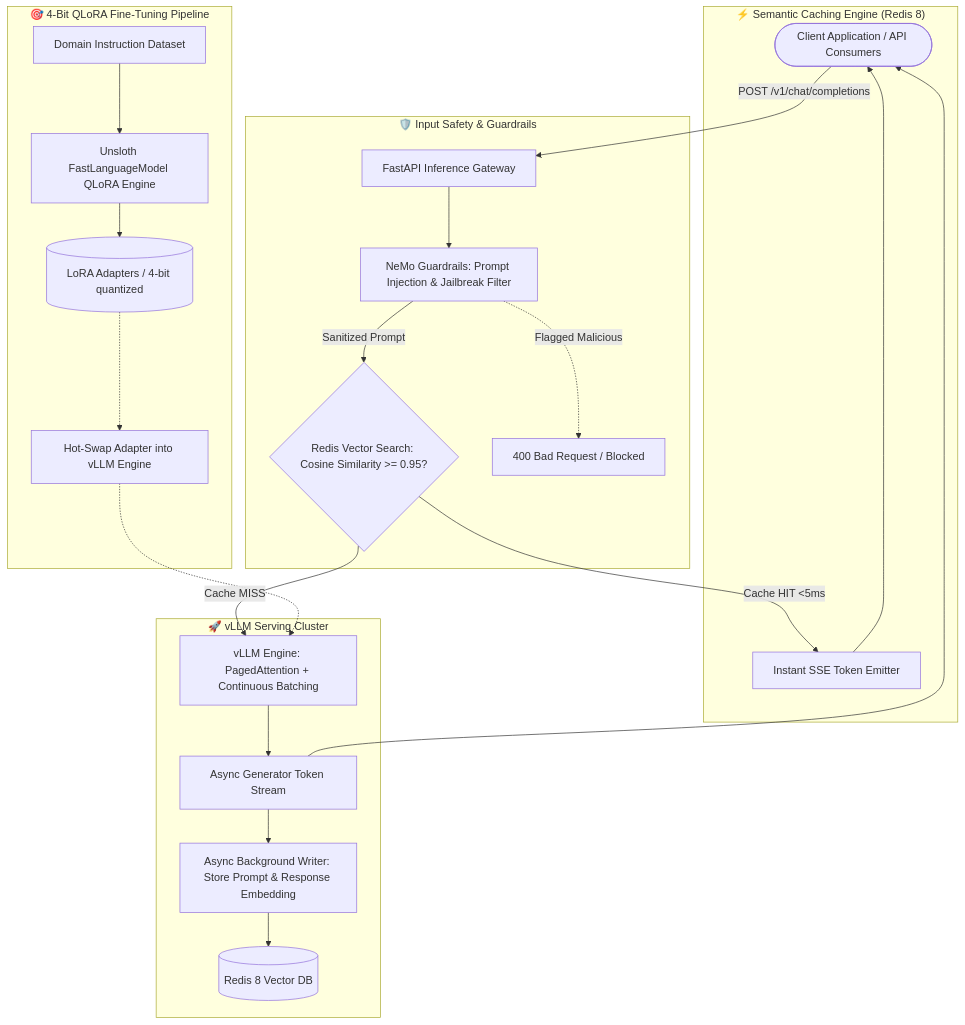
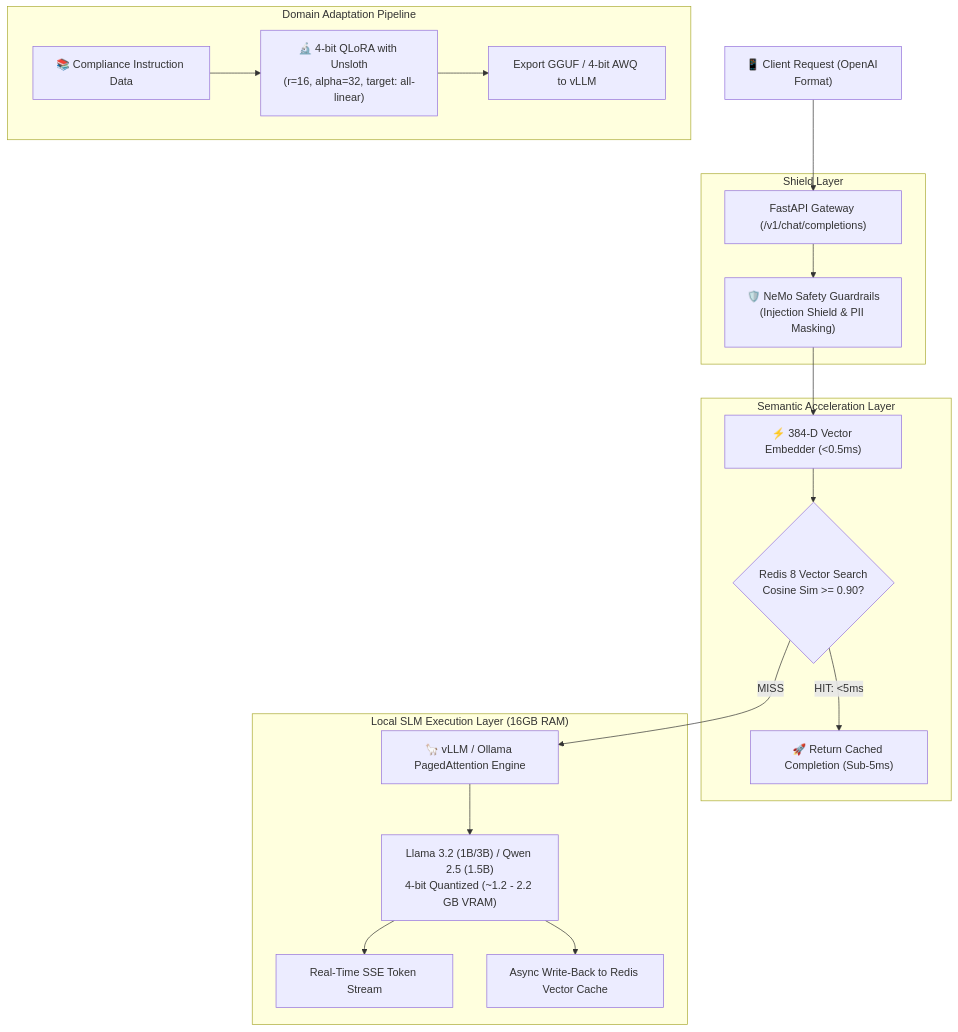
Before and after one commit to vi-nayKR/local-llm-inference-gateway: the diagram in README.md, drawn with Mermaid. The commit also changed other lines of this file and 4 other files, not shown here.

Commit message:
feat(phase6): production-grade interactive web console UI, master architecture docs, and docs/phase6.md

````diff
--- a/README.md
+++ b/README.md
@@ -18,31 +49,26 @@
 ```mermaid
 flowchart TD
-    Client([Client Application / API Consumers]) -->|POST /v1/chat/completions| Gateway[FastAPI Inference Gateway]
+    Client["📱 Client Request (OpenAI Format)"] --> GatewayRouter["FastAPI Gateway (/v1/chat/completions)"]
 
-    subgraph SecurityLayer["🛡️ Input Safety & Guardrails"]
-        Gateway --> NeMo[NeMo Guardrails: Prompt Injection & Jailbreak Filter]
-        NeMo -->|Sanitized Prompt| SemanticCache
-        NeMo -.->|Flagged Malicious| Reject[400 Bad Request / Blocked]
+    subgraph SecurityTier ["Shield Layer"]
+        GatewayRouter --> SafetyGuard["🛡️ NeMo Safety Guardrails\n(Injection Shield & PII Masking)"]
     end
 
-    subgraph CachingLayer["⚡ Semantic Caching Engine (Redis 8)"]
-        SemanticCache{Redis Vector Search: Cosine Similarity >= 0.95?}
-        SemanticCache -->|Cache HIT <5ms| ReturnCached[Instant SSE Token Emitter]
-        ReturnCached --> Client
+    subgraph CacheTier ["Semantic Acceleration Layer"]
+        SafetyGuard --> Embedder["⚡ 384-D Vector Embedder (<0.5ms)"]
+        Embedder --> CacheCheck{"Redis 8 Vector Search\nCosine Sim >= 0.90?"}
+        CacheCheck -->|HIT: <5ms| CacheReturn["🚀 Return Cached Completion (Sub-5ms)"]
     end
 
-    subgraph ServingEngine["🚀 vLLM Serving Cluster"]
-        SemanticCache -->|Cache MISS| vLLMEngine[vLLM Engine: PagedAttention + Continuous Batching]
-        vLLMEngine --> TokenStream[Async Generator Token Stream]
-        TokenStream --> AsyncCacheWriter[Async Background Writer: Store Prompt & Response Embedding]
-        AsyncCacheWriter --> RedisDB[(Redis 8 Vector DB)]
-        TokenStream --> Client
+    subgraph InferenceTier ["Local SLM Execution Layer (16GB RAM)"]
+        CacheCheck -->|MISS| vLLMProxy["🦙 vLLM / Ollama PagedAttention Engine"]
+        vLLMProxy --> LocalModel["Llama 3.2 (1B/3B) / Qwen 2.5 (1.5B)\n4-bit Quantized (~1.2 - 2.2 GB VRAM)"]
+        LocalModel --> StreamOutput["Real-Time SSE Token Stream"]
+        LocalModel --> WriteBack["Async Write-Back to Redis Vector Cache"]
     end
 
-    subgraph FineTuning["🎯 4-Bit QLoRA Fine-Tuning Pipeline"]
-        Dataset[Domain Instruction Dataset] --> UnslothTrainer[Unsloth FastLanguageModel QLoRA Engine]
-        UnslothTrainer --> LoRAWeights[(LoRA Adapters / 4-bit quantized)]
-        LoRAWeights -.-> DynamicHotSwap[Hot-Swap Adapter into vLLM Engine]
-        DynamicHotSwap -.-> vLLMEngine
+    subgraph FineTuningTier ["Domain Adaptation Pipeline"]
+        DomainData["📚 Compliance Instruction Data"] --> QLoRATrainer["🔬 4-bit QLoRA with Unsloth\n(r=16, alpha=32, target: all-linear)"]
+        QLoRATrainer --> GGUFExport["Export GGUF / 4-bit AWQ to vLLM"]
     end
 ```
````
